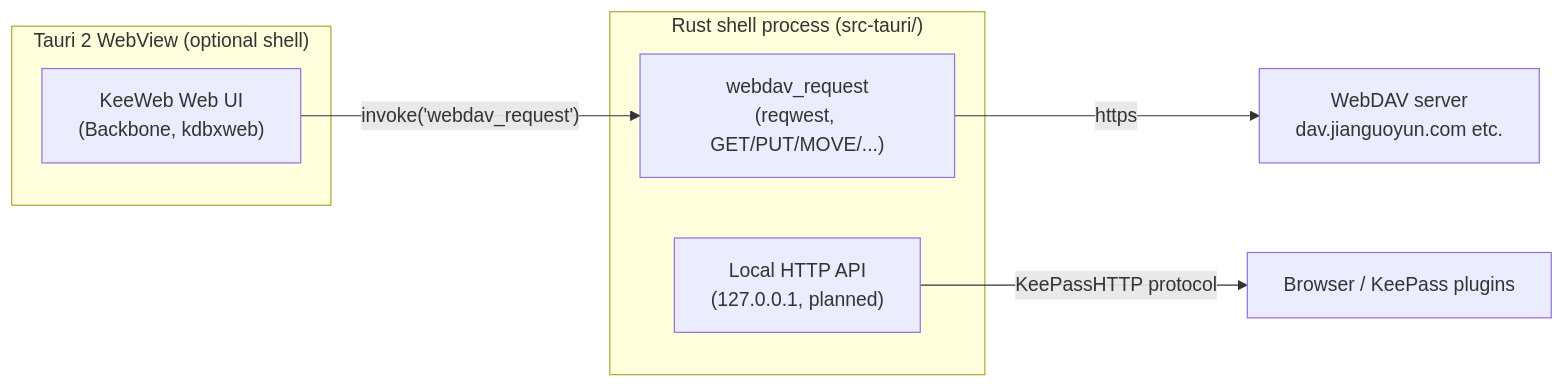
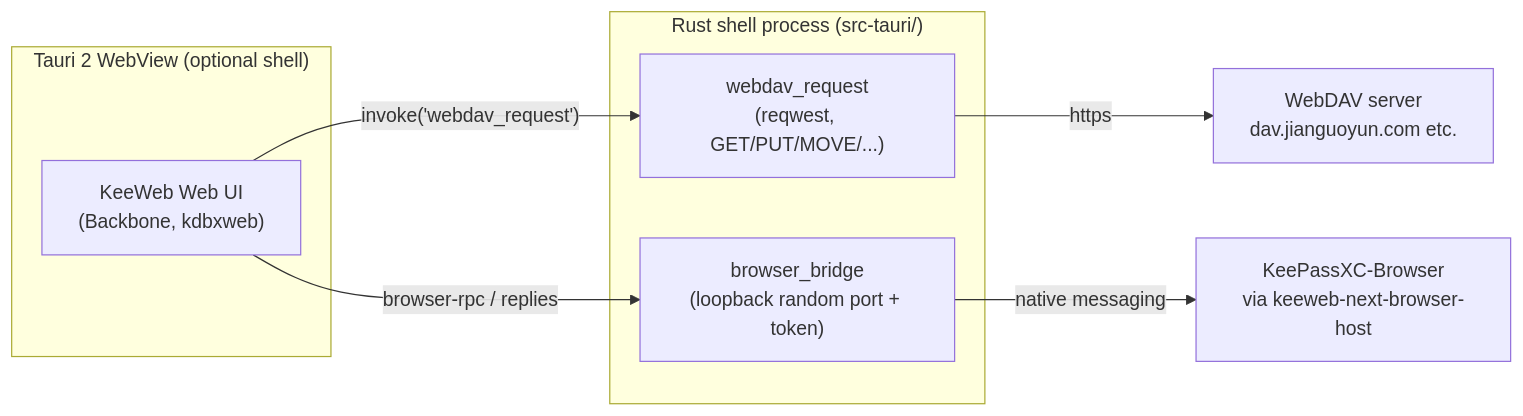
Before and after one commit to yanqingwang/keeweb-next: the diagram in README.en.md, drawn with Mermaid. The commit also changed other lines of this file and 45 other files, not shown here.

````diff
--- a/README.en.md
+++ b/README.en.md
@@ -39,13 +39,14 @@
 ```mermaid
 flowchart LR
     subgraph webview["Tauri 2 WebView (optional shell)"]
         UI["KeeWeb Web UI<br/>(Backbone, kdbxweb)"]
     end
     subgraph rust["Rust shell process (src-tauri/)"]
         WD["webdav_request<br/>(reqwest, GET/PUT/MOVE/...)"]
-        HTTP["Local HTTP API<br/>(127.0.0.1, planned)"]
+        BR["browser_bridge<br/>(loopback random port + token)"]
     end
     UI -- "invoke('webdav_request')" --> WD
     WD -- "https" --> DAV["WebDAV server<br/>dav.jianguoyun.com etc."]
-    HTTP -- "KeePassHTTP protocol" --> EXT["Browser / KeePass plugins"]
+    UI -- "browser-rpc / replies" --> BR
+    BR -- "native messaging" --> EXT["KeePassXC-Browser<br/>via keeweb-next-browser-host"]
 ```
````
